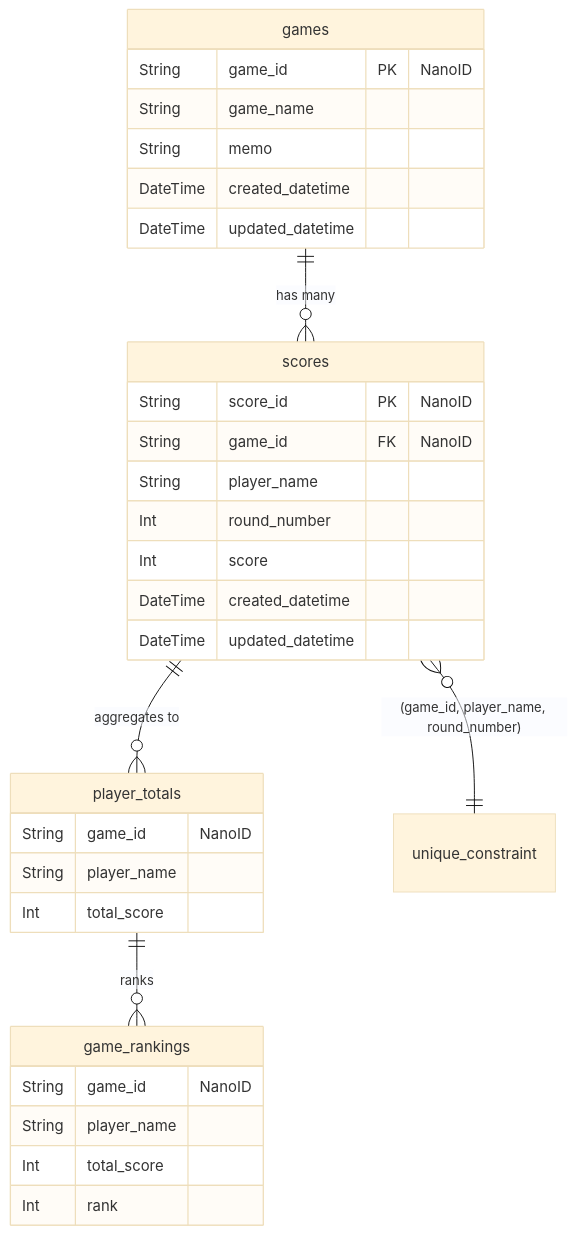
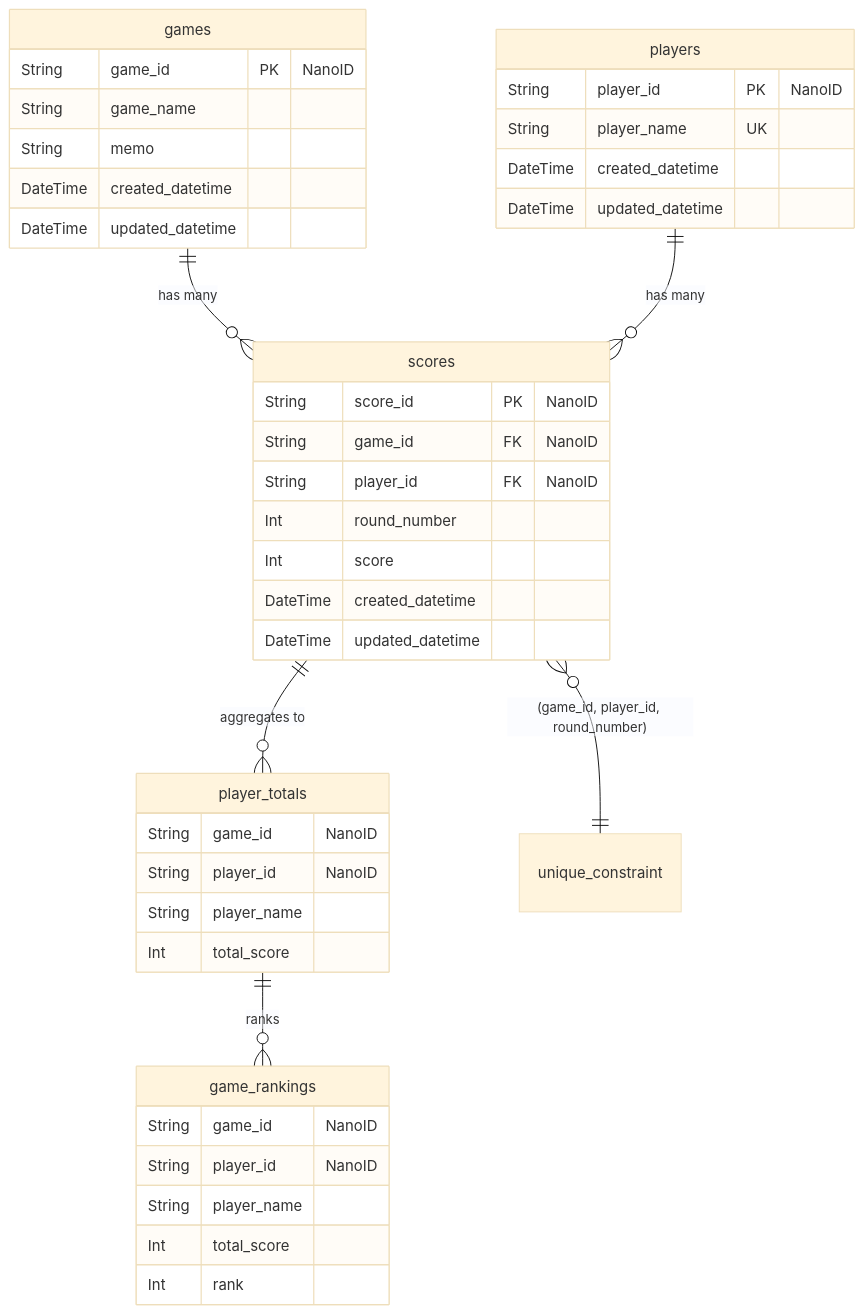
One commit to Mayoneeeez/tokutenban changed the diagram in docs/er-diagram.md. Above: the diagram before and after it, drawn with Mermaid (base theme). The commit also changed 5 other files, not shown here.

````diff
--- a/docs/er-diagram.md
+++ b/docs/er-diagram.md
@@ -3,40 +3,50 @@
 ```mermaid
 erDiagram
     games {
         String game_id PK "NanoID"
         String game_name
         String memo
         DateTime created_datetime
         DateTime updated_datetime
     }
 
+    players {
+        String player_id PK "NanoID"
+        String player_name UK
+        DateTime created_datetime
+        DateTime updated_datetime
+    }
+
     scores {
         String score_id PK "NanoID"
         String game_id FK "NanoID"
-        String player_name
+        String player_id FK "NanoID"
         Int round_number
         Int score
         DateTime created_datetime
         DateTime updated_datetime
     }
 
     player_totals {
         String game_id "NanoID"
+        String player_id "NanoID"
         String player_name
         Int total_score
     }
 
     game_rankings {
         String game_id "NanoID"
+        String player_id "NanoID"
         String player_name
         Int total_score
         Int rank
     }
 
     games ||--o{ scores : "has many"
+    players ||--o{ scores : "has many"
     scores ||--o{ player_totals : "aggregates to"
     player_totals ||--o{ game_rankings : "ranks"
 
 %% 複合ユニーク制約
-    scores }o--|| unique_constraint : "(game_id, player_name, round_number)"
+    scores }o--|| unique_constraint : "(game_id, player_id, round_number)"
 ```
````
